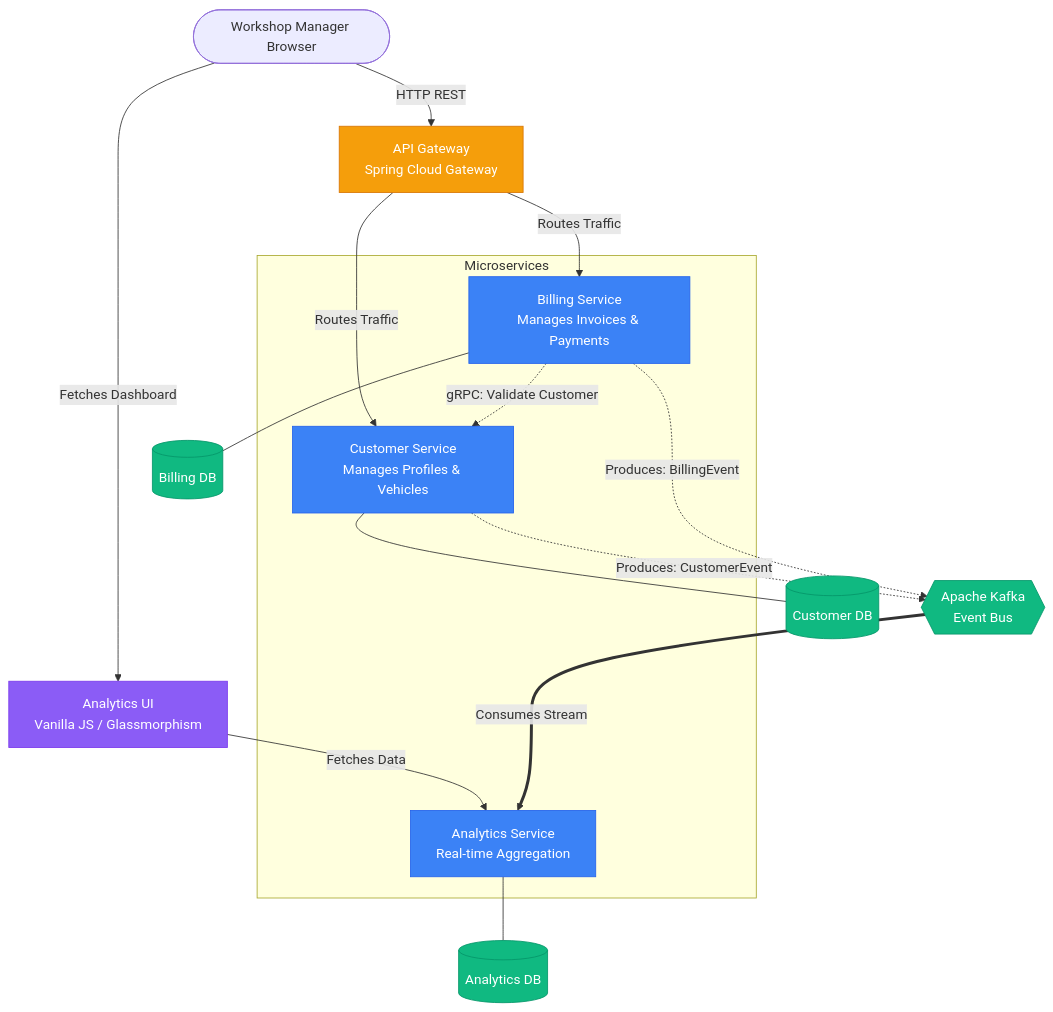
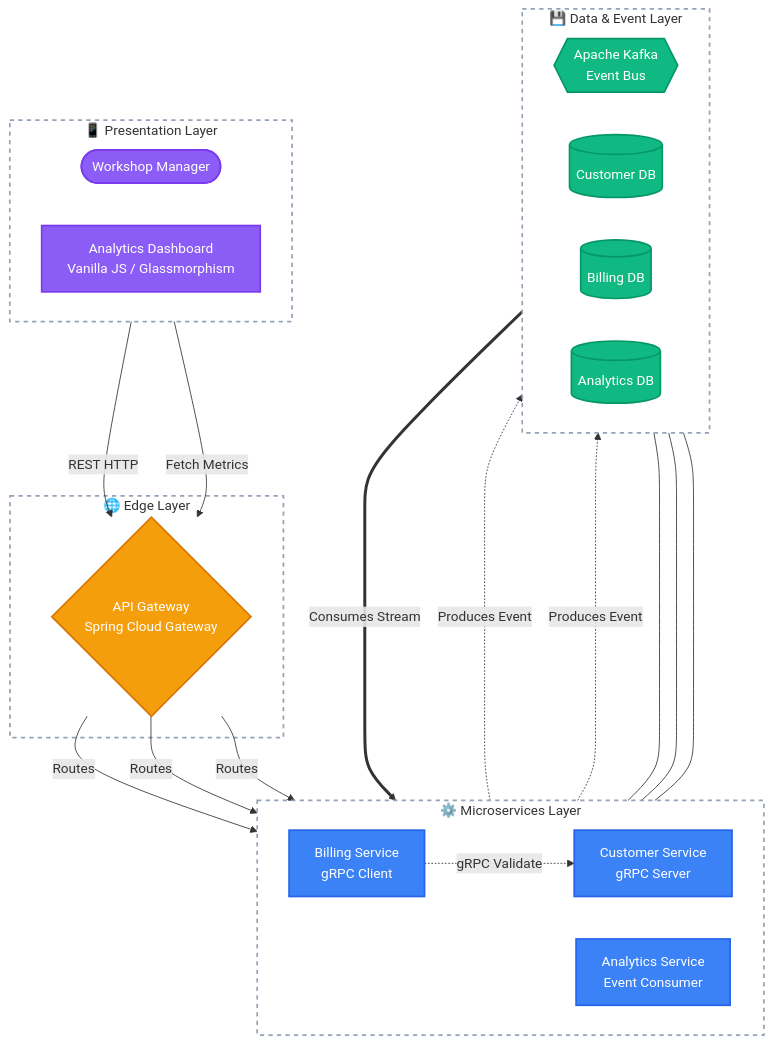
The first of 2 diagrams in profile/README.md (autofixera/.github), drawn with Mermaid before and after one commit. The commit also changed other lines of this file, not shown here.

Commit message:
improve charts

````diff
--- a/profile/README.md
+++ b/profile/README.md
@@ -23,52 +25,70 @@
 ```mermaid
-graph TD
-    %% Clients
-    Browser([Workshop Manager Browser])
+flowchart TB
+    %% --- LAYER 1: Presentation ---
+    subgraph Presentation["📱 Presentation Layer"]
+        direction LR
+        Browser([Workshop Manager])
+        UI[Analytics Dashboard<br/>Vanilla JS / Glassmorphism]
+    end
+
+    %% --- LAYER 2: API Gateway ---
+    subgraph Edge["🌐 Edge Layer"]
+        Gateway{API Gateway<br/>Spring Cloud Gateway}
+    end
+
+    %% --- LAYER 3: Microservices ---
+    subgraph Microservices["⚙️ Microservices Layer"]
+        direction LR
+        Customer[Customer Service<br/>gRPC Server]
+        Billing[Billing Service<br/>gRPC Client]
+        Analytics[Analytics Service<br/>Event Consumer]
+    end
+
+    %% --- LAYER 4: Data & Events ---
+    subgraph DataLayer["💾 Data & Event Layer"]
+        direction LR
+        Kafka{{Apache Kafka<br/>Event Bus}}
+        DB_C[(Customer DB)]
+        DB_B[(Billing DB)]
+        DB_A[(Analytics DB)]
+    end
+
+    %% --- CONNECTIONS ---
     
-    %% Gateway
-    Gateway[API Gateway<br/>Spring Cloud Gateway]
-    Browser -->|HTTP REST| Gateway
+    %% Client to Edge
+    Browser -->|REST HTTP| Gateway
+    UI -->|Fetch Metrics| Gateway
     
-    %% UI
-    UI[Analytics UI<br/>Vanilla JS / Glassmorphism]
-    Browser -->|Fetches Dashboard| UI
-    
-    %% Core Services
-    subgraph Microservices
-        Customer[Customer Service<br/>Manages Profiles & Vehicles]
-        Billing[Billing Service<br/>Manages Invoices & Payments]
-        Analytics[Analytics Service<br/>Real-time Aggregation]
-    end
-    
-    Gateway -->|Routes Traffic| Customer
-    Gateway -->|Routes Traffic| Billing
-    UI -->|Fetches Data| Analytics
-    
-    %% Inter-service
-    Billing -.->|gRPC: Validate Customer| Customer
-    
-    %% Event Streaming
-    Kafka{{Apache Kafka<br/>Event Bus}}
-    Customer -.->|Produces: CustomerEvent| Kafka
-    Billing -.->|Produces: BillingEvent| Kafka
+    %% Edge to Services
+    Gateway -->|Routes| Customer
+    Gateway -->|Routes| Billing
+    Gateway -->|Routes| Analytics
+
+    %% Inter-service Sync
+    Billing -.->|gRPC Validate| Customer
+
+    %% Event Streaming (Async)
+    Customer -.->|Produces Event| Kafka
+    Billing -.->|Produces Event| Kafka
     Kafka ===>|Consumes Stream| Analytics
-    
-    %% Databases
-    DB_C[(Customer DB)]
-    DB_B[(Billing DB)]
-    DB_A[(Analytics DB)]
-    
+
+    %% Database Connections
     Customer --- DB_C
     Billing --- DB_B
     Analytics --- DB_A
 
-    classDef service fill:#3b82f6,color:#fff,stroke:#2563eb;
-    classDef infra fill:#10b981,color:#fff,stroke:#059669;
-    classDef ui fill:#8b5cf6,color:#fff,stroke:#7c3aed;
-    classDef gateway fill:#f59e0b,color:#fff,stroke:#d97706;
+    %% --- STYLING ---
+    classDef layer fill:none,stroke:#94a3b8,stroke-width:2px,stroke-dasharray: 5 5;
+    class Presentation,Edge,Microservices,DataLayer layer;
     
+    classDef ui fill:#8b5cf6,color:#fff,stroke:#7c3aed,stroke-width:2px;
+    classDef gateway fill:#f59e0b,color:#fff,stroke:#d97706,stroke-width:2px;
+    classDef service fill:#3b82f6,color:#fff,stroke:#2563eb,stroke-width:2px;
+    classDef infra fill:#10b981,color:#fff,stroke:#059669,stroke-width:2px;
+
+    class Browser,UI ui;
+    class Gateway gateway;
     class Customer,Billing,Analytics service;
-    class DB_C,DB_B,DB_A,Kafka infra;
-    class UI ui;
-    class Gateway gateway;
+    class Kafka,DB_C,DB_B,DB_A infra;
+
 ```
````
